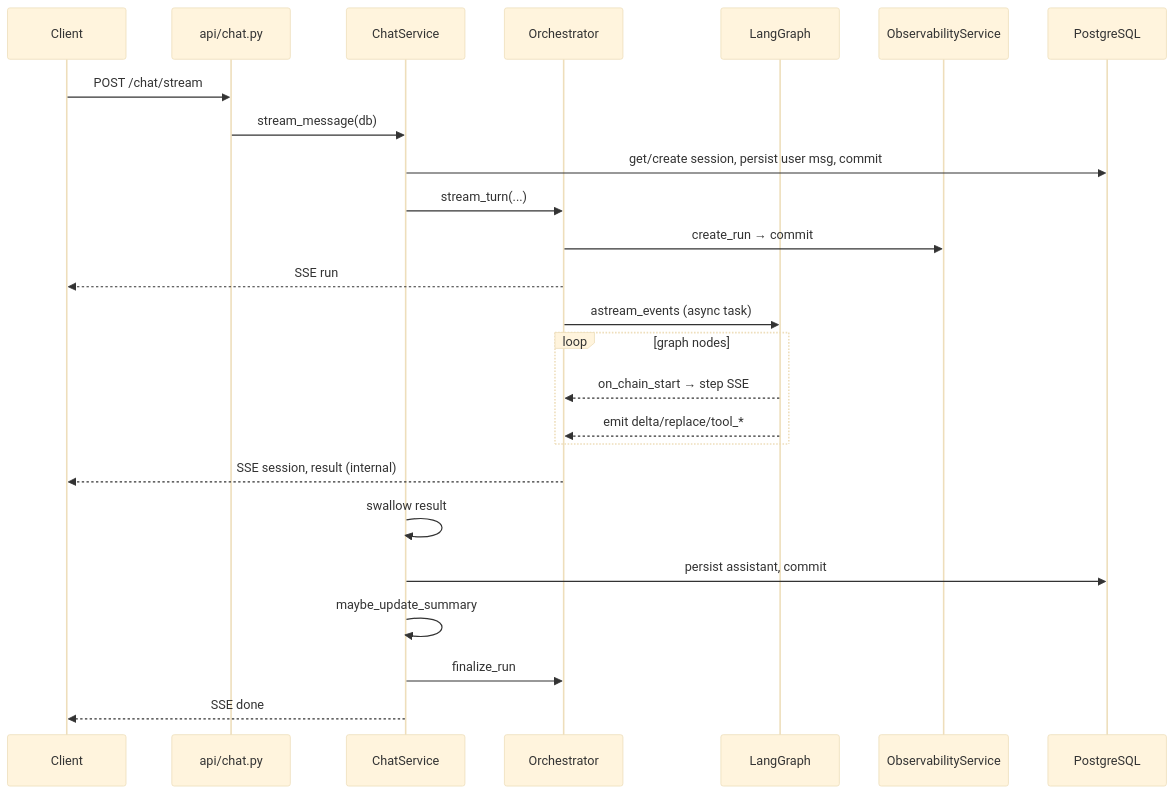
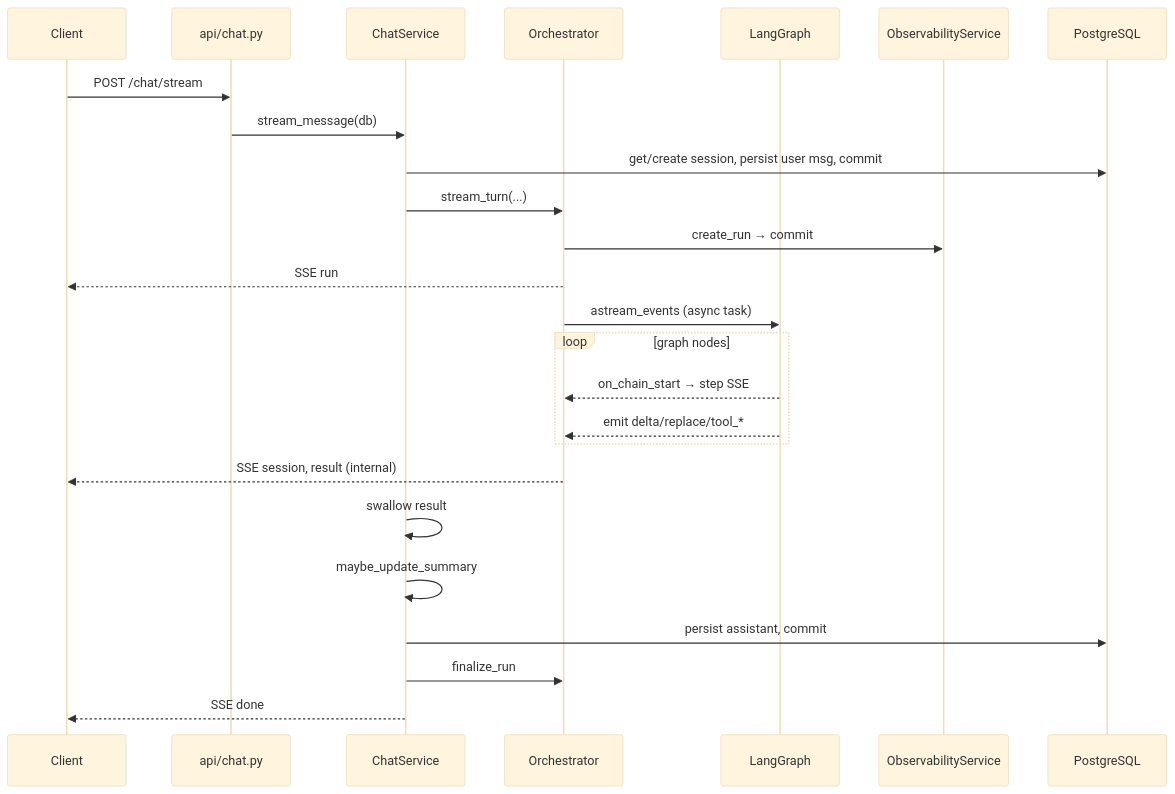
The diagram in docs/guide/11-代码导读-后端关键路径.md (GJWeigege/fitness-coach-agent), drawn with Mermaid (base theme) before and after one commit. The commit also changed other lines of this file and 15 other files, not shown here.

````diff
--- a/docs/guide/11-代码导读-后端关键路径.md
+++ b/docs/guide/11-代码导读-后端关键路径.md
@@ -80,28 +80,28 @@
 ```mermaid
 sequenceDiagram
     participant C as Client
     participant API as api/chat.py
     participant CS as ChatService
     participant OR as Orchestrator
     participant G as LangGraph
     participant OBS as ObservabilityService
     participant DB as PostgreSQL
 
     C->>API: POST /chat/stream
     API->>CS: stream_message(db)
     CS->>DB: get/create session, persist user msg, commit
     CS->>OR: stream_turn(...)
     OR->>OBS: create_run → commit
     OR-->>C: SSE run
     OR->>G: astream_events (async task)
     loop graph nodes
         G-->>OR: on_chain_start → step SSE
         G-->>OR: emit delta/replace/tool_*
     end
     OR-->>C: SSE session, result (internal)
     CS->>CS: swallow result
+    CS->>CS: maybe_update_summary
     CS->>DB: persist assistant, commit
-    CS->>CS: maybe_update_summary
     CS->>OR: finalize_run
     CS-->>C: SSE done
 ```
````
